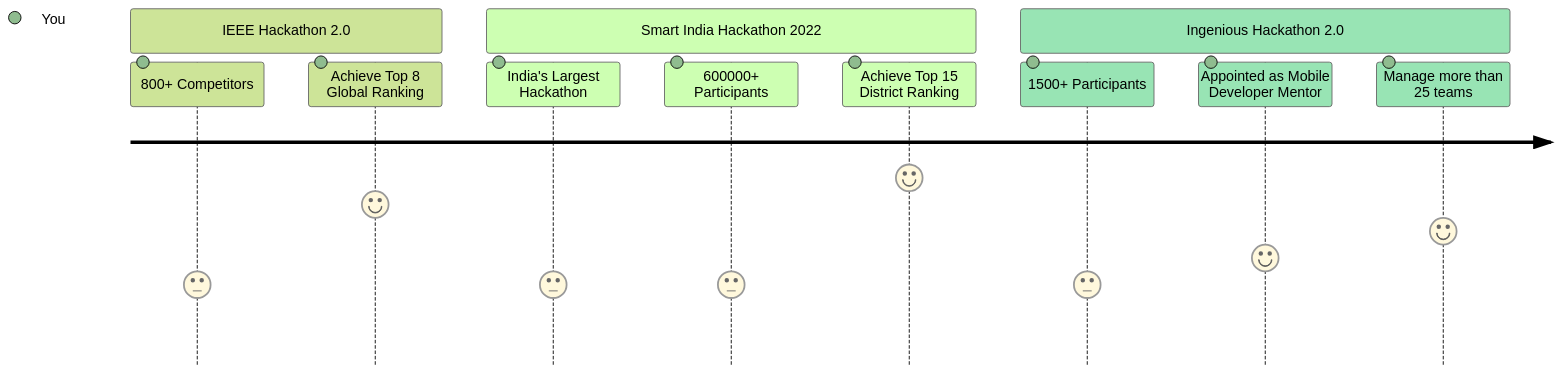
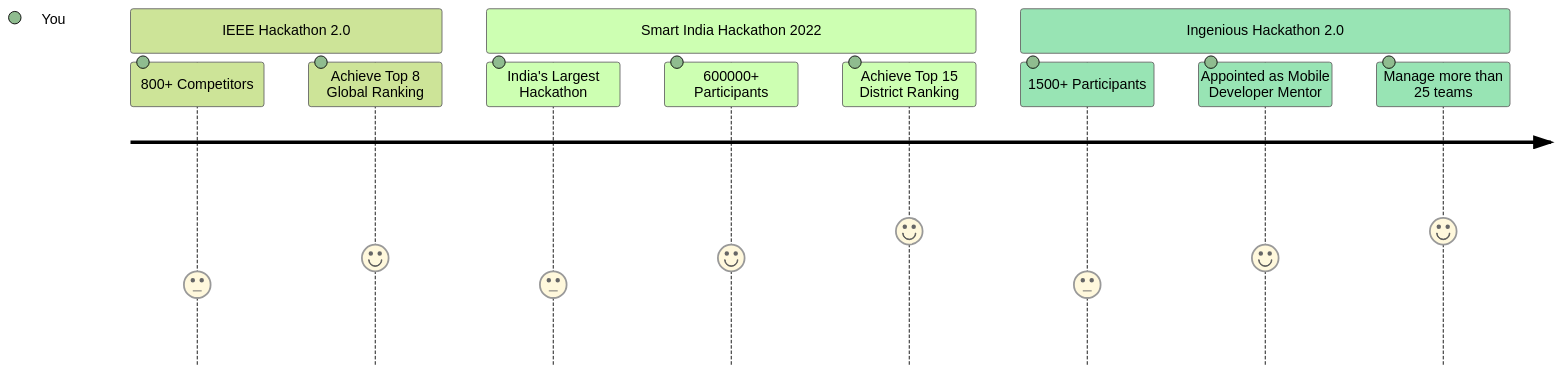
Before and after one commit to rahulsain/rahulsain: the second of 3 diagrams in README.md, drawn with Mermaid (forest theme). The commit also changed other lines of this file, not shown here.

````diff
--- a/README.md
+++ b/README.md
@@ -42,14 +45,16 @@
 ```mermaid
-  journey
-    section IEEE Hackathon 2.0
-      800+ Competitors: 3: You
-      Achieve Top 8 Global Ranking: 6: You
-    section Smart India Hackathon 2022
-      India's Largest Hackathon: 3: You
-      600000+ Participants: 3: You
-      Achieve Top 15 District Ranking: 7: You
- section Ingenious Hackathon 2.0
-      1500+ Participants: 3: You
-      Appointed as Mobile Developer Mentor: 4: You
-      Manage more than 25 teams: 5: You
+journey
+  section IEEE Hackathon 2.0
+  800+ Competitors: 3: You
+  Achieve Top 8 Global Ranking: 4: You
+
+  section Smart India Hackathon 2022
+  India's Largest Hackathon: 3: You
+  600000+ Participants: 4: You
+  Achieve Top 15 District Ranking: 5: You
+
+  section Ingenious Hackathon 2.0
+  1500+ Participants: 3: You
+  Appointed as Mobile Developer Mentor: 4: You
+  Manage more than 25 teams: 5: You
 ```
````
